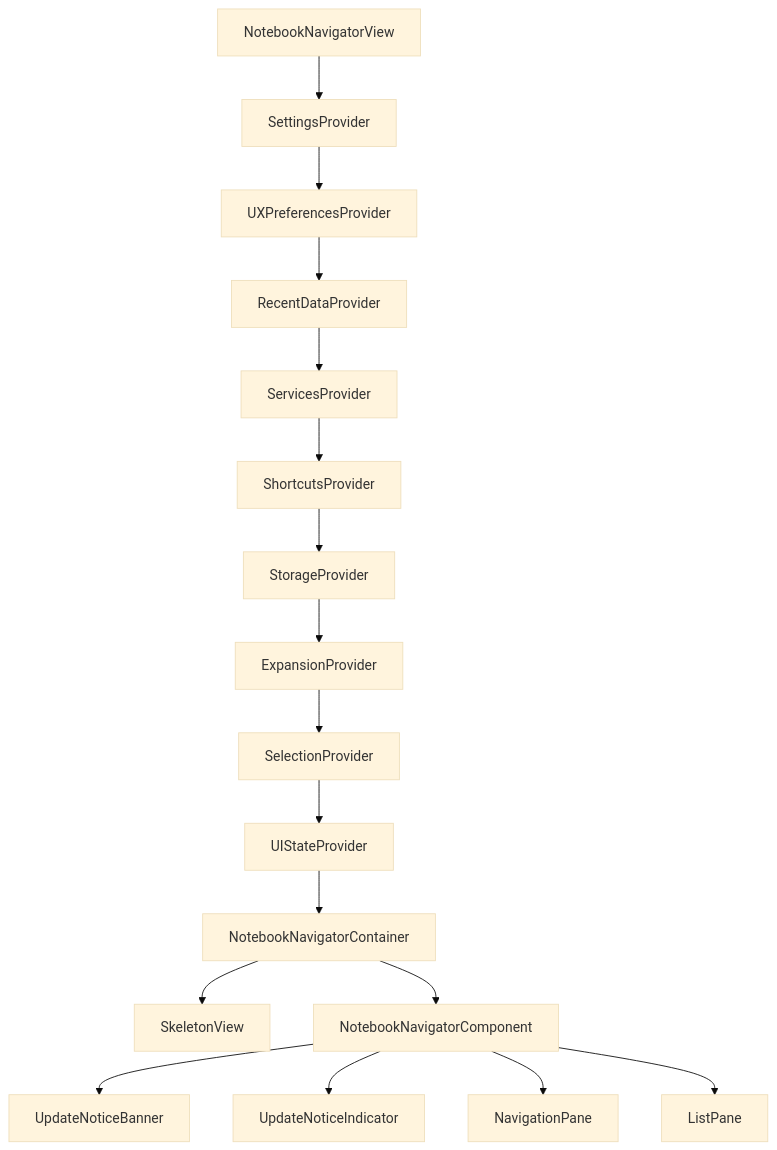
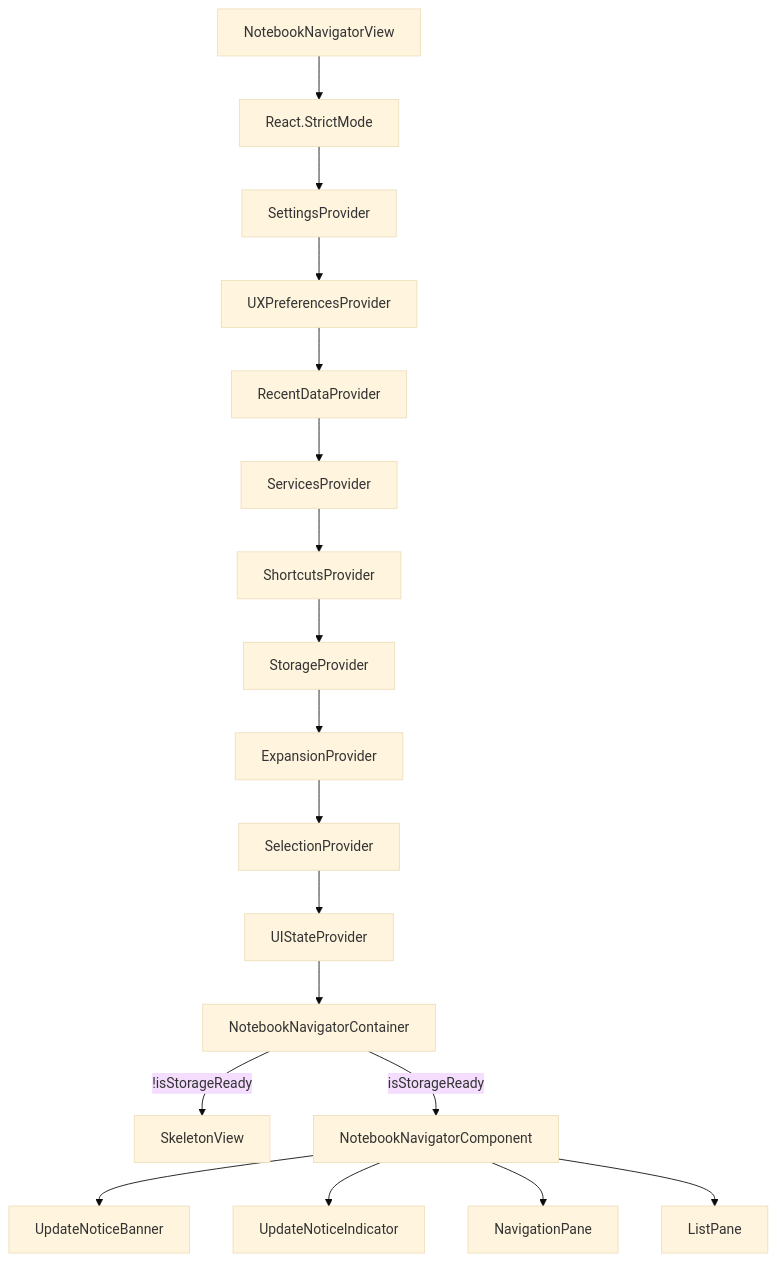
Before and after one commit to voi-tech/notebook-navigator: the first of 6 diagrams in docs/rendering-architecture.md, drawn with Mermaid (base theme). The commit also changed other lines of this file and 7 other files, not shown here.

````diff
--- a/docs/rendering-architecture.md
+++ b/docs/rendering-architecture.md
@@ -84,28 +100,29 @@
 ```mermaid
 flowchart TD
     OV[NotebookNavigatorView]
+    SM[React.StrictMode]
     SP[SettingsProvider]
     UX[UXPreferencesProvider]
     RD[RecentDataProvider]
     SVC[ServicesProvider]
     SHC[ShortcutsProvider]
     ST[StorageProvider]
     EP[ExpansionProvider]
     SEL[SelectionProvider]
     UI[UIStateProvider]
     NC[NotebookNavigatorContainer]
     SK[SkeletonView]
     NNC[NotebookNavigatorComponent]
     UNB[UpdateNoticeBanner]
     UNI[UpdateNoticeIndicator]
     NPR[NavigationPane]
     LPR[ListPane]
 
-    OV --> SP --> UX --> RD --> SVC --> SHC --> ST --> EP --> SEL --> UI --> NC
-    NC --> SK
-    NC --> NNC
+    OV --> SM --> SP --> UX --> RD --> SVC --> SHC --> ST --> EP --> SEL --> UI --> NC
+    NC -->|!isStorageReady| SK
+    NC -->|isStorageReady| NNC
     NNC --> UNB
     NNC --> UNI
     NNC --> NPR
     NNC --> LPR
 ```
````
